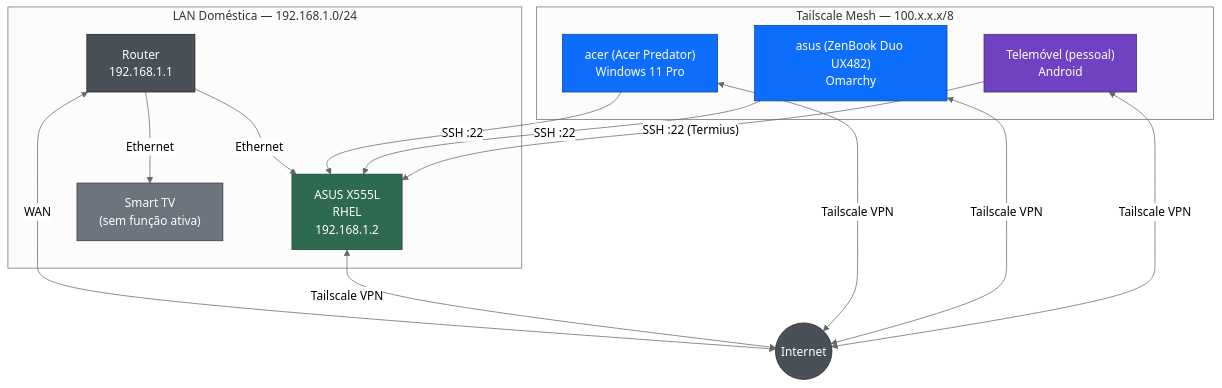
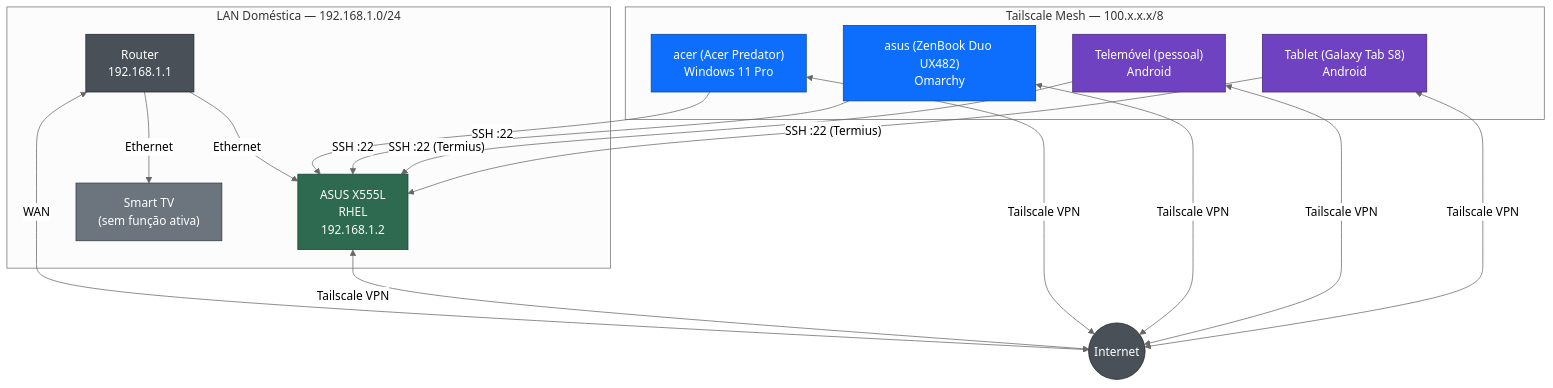
One commit to Kroatoan1979/001-26-home-server changed the first of 3 diagrams in docs/diagrama-rede.md. Above: the diagram before and after it, drawn with Mermaid (neutral theme). The commit also changed other lines of this file and 6 other files, not shown here.

First line of the commit message:
Tablet: acesso fora de casa testado e quinta chave SSH (tarefa 30(b))

````diff
--- a/docs/diagrama-rede.md
+++ b/docs/diagrama-rede.md
@@ -9,41 +9,44 @@
 ```mermaid
 graph TB
     Internet(("Internet"))
 
     subgraph LAN["LAN Doméstica — 192.168.1.0/24"]
         Router["Router\n192.168.1.1"]
         Server["ASUS X555L\nRHEL\n192.168.1.2"]
         TV["Smart TV\n(sem função ativa)"]
     end
 
     subgraph Tailnet["Tailscale Mesh — 100.x.x.x/8"]
         WS["acer (Acer Predator)\nWindows 11 Pro"]
         ZB["asus (ZenBook Duo UX482)\nOmarchy"]
         TM1["Telemóvel (pessoal)\nAndroid"]
+        TB1["Tablet (Galaxy Tab S8)\nAndroid"]
     end
 
     Router <-->|WAN| Internet
     Router -->|Ethernet| Server
     Router -->|Ethernet| TV
 
     Server <-->|"Tailscale VPN"| Internet
     WS <-->|"Tailscale VPN"| Internet
     ZB <-->|"Tailscale VPN"| Internet
     TM1 <-->|"Tailscale VPN"| Internet
+    TB1 <-->|"Tailscale VPN"| Internet
 
     WS -->|"SSH :22"| Server
     ZB -->|"SSH :22"| Server
     TM1 -->|"SSH :22 (Termius)"| Server
+    TB1 -->|"SSH :22 (Termius)"| Server
 
     classDef linux fill:#2d6a4f,color:#fff,stroke:#1b4332
     classDef windows fill:#0d6efd,color:#fff,stroke:#084298
     classDef mobile fill:#6f42c1,color:#fff,stroke:#432874
     classDef network fill:#495057,color:#fff,stroke:#212529
     classDef tv fill:#6c757d,color:#fff,stroke:#343a40
 
     class Server linux
     class WS,ZB windows
-    class TM1 mobile
+    class TM1,TB1 mobile
     class Router,Internet network
     class TV tv
 ```
````
